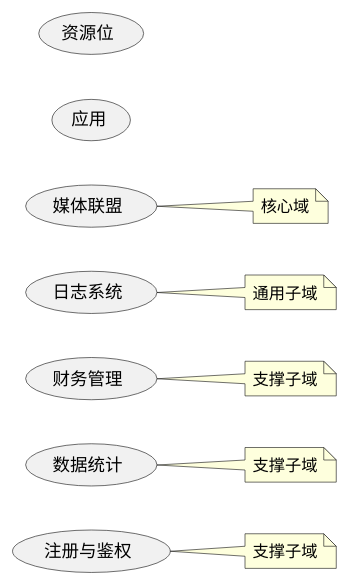
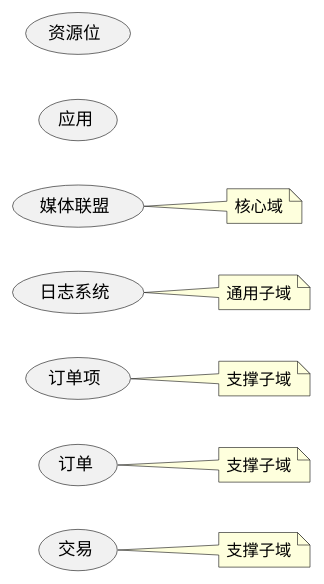
The diagram in documents/dm-order/order_uc_domain.puml (xgyb12458/dm-platform), drawn with PlantUML before and after one commit. The commit also changed 220 other files, not shown here.

```diff
--- a/documents/dm-order/order_uc_domain.puml
+++ b/documents/dm-order/order_uc_domain.puml
@@ -1,22 +1,22 @@
 @startuml
 
 left to right direction
 
-(注册与鉴权) as Authentic
-(数据统计) as Statistic
-(财务管理) as Finance
+(交易) as trade
+(订单) as order
+(订单项) as orderItem
 (日志系统) as LogSystem
 (媒体联盟) as MediaCore
 
 
 (应用) as app
 (资源位) as slot
 
-note right of Authentic: 支撑子域
-note right of Statistic: 支撑子域
-note right of Finance: 支撑子域
+note right of trade: 支撑子域
+note right of order: 支撑子域
+note right of orderItem: 支撑子域
 note right of LogSystem: 通用子域
 note right of MediaCore: 核心域
 
 
 @enduml
```
